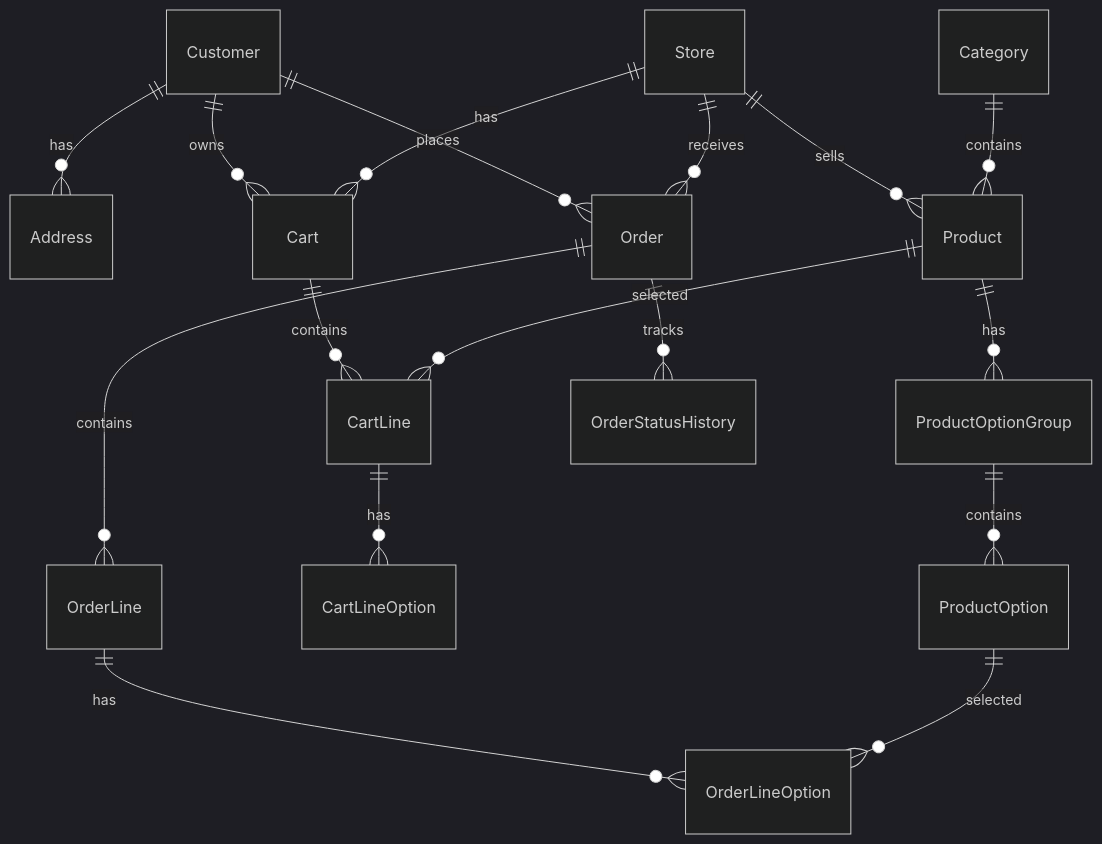
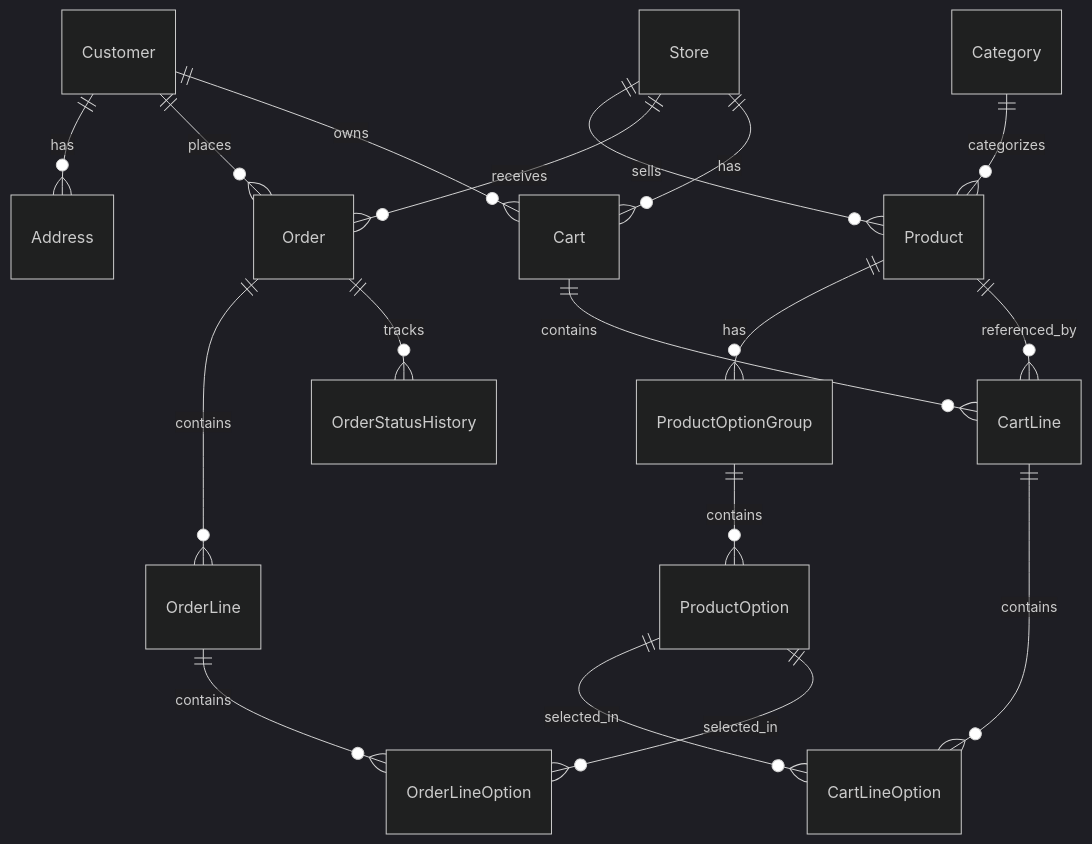
The diagram in docs/day-01.md (waelfrehat978-cpu/DeliveryPlatform), drawn with Mermaid (dark theme) before and after one commit. The commit also changed other lines of this file and 44 other files, not shown here.

````diff
--- a/docs/day-01.md
+++ b/docs/day-01.md
@@ -7,24 +7,25 @@
 ```mermaid
 erDiagram
     Customer ||--o{ Address : has
     Customer ||--o{ Order : places
     Customer ||--o{ Cart : owns
 
     Store ||--o{ Product : sells
     Store ||--o{ Order : receives
     Store ||--o{ Cart : has
 
-    Category ||--o{ Product : contains
+    Category ||--o{ Product : categorizes
 
     Product ||--o{ ProductOptionGroup : has
     ProductOptionGroup ||--o{ ProductOption : contains
 
     Cart ||--o{ CartLine : contains
-    CartLine ||--o{ CartLineOption : has
-    Product ||--o{ CartLine : selected
+    CartLine ||--o{ CartLineOption : contains
+    Product ||--o{ CartLine : referenced_by
+    ProductOption ||--o{ CartLineOption : selected_in
 
     Order ||--o{ OrderLine : contains
+    OrderLine ||--o{ OrderLineOption : contains
     Order ||--o{ OrderStatusHistory : tracks
-    OrderLine ||--o{ OrderLineOption : has
-    ProductOption ||--o{ OrderLineOption : selected
+    ProductOption ||--o{ OrderLineOption : selected_in
 ```
````
